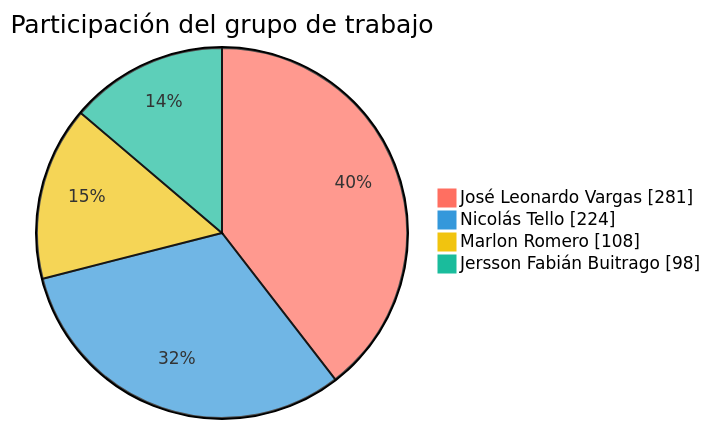
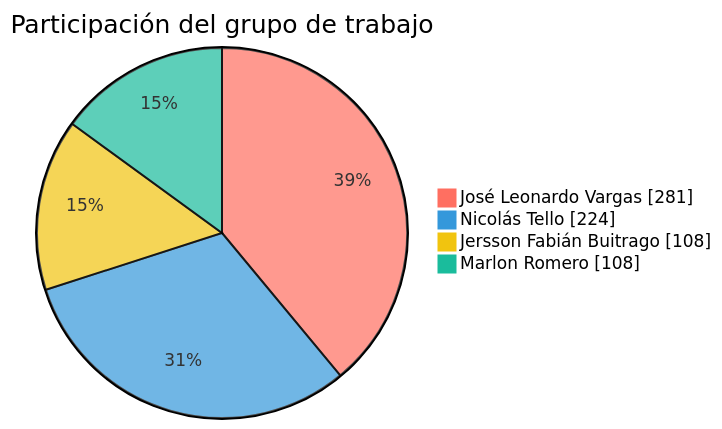
Before and after one commit to FarmaExpres/FarmaExpres: the first of 2 diagrams in README.md, drawn with Mermaid. The commit also changed other lines of this file and 1 other file, not shown here.

````diff
--- a/README.md
+++ b/README.md
@@ -391,9 +391,9 @@
 ```mermaid
 %%{init: {"themeVariables": {"pie1": "#ff6f61", "pie2": "#3498db", "pie3": "#f1c40f", "pie4": "#1abc9c", "pieLabelColor": "#000000", "pieLabelFontSize": "24px", "pieLabelFontWeight": "700"}}}%%
 pie showData
     title Participación del grupo de trabajo
     "José Leonardo Vargas" : 281
     "Nicolás Tello" : 224
+    "Jersson Fabián Buitrago" : 108
     "Marlon Romero" : 108
-    "Jersson Fabián Buitrago" : 98
 ```
````
